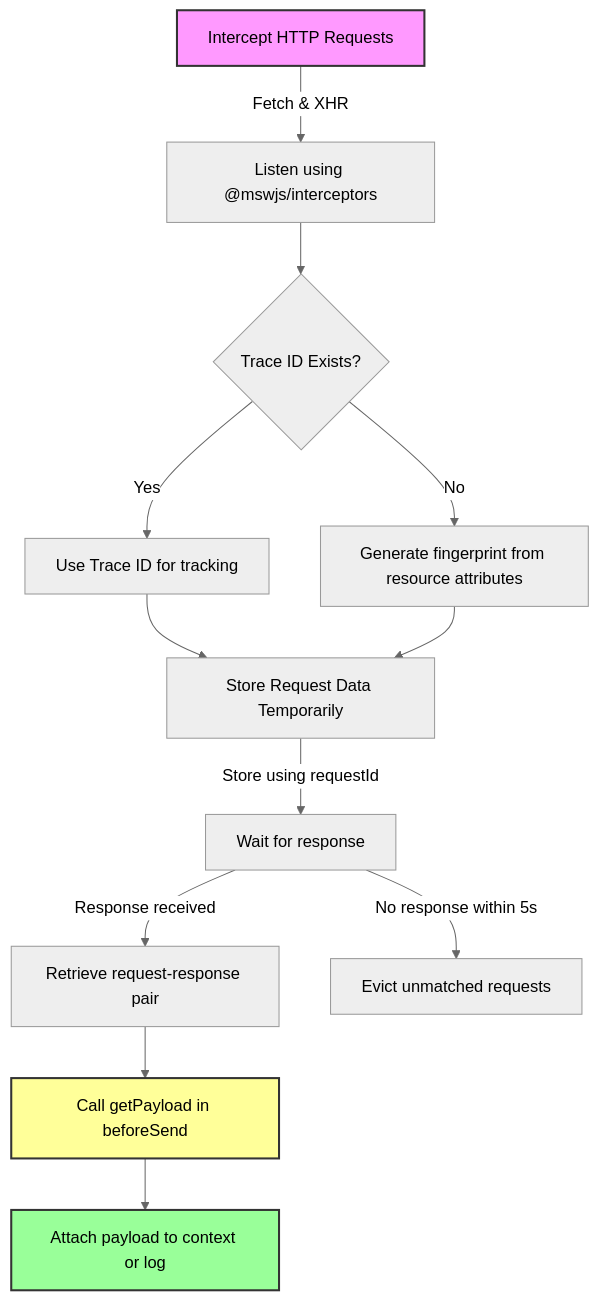
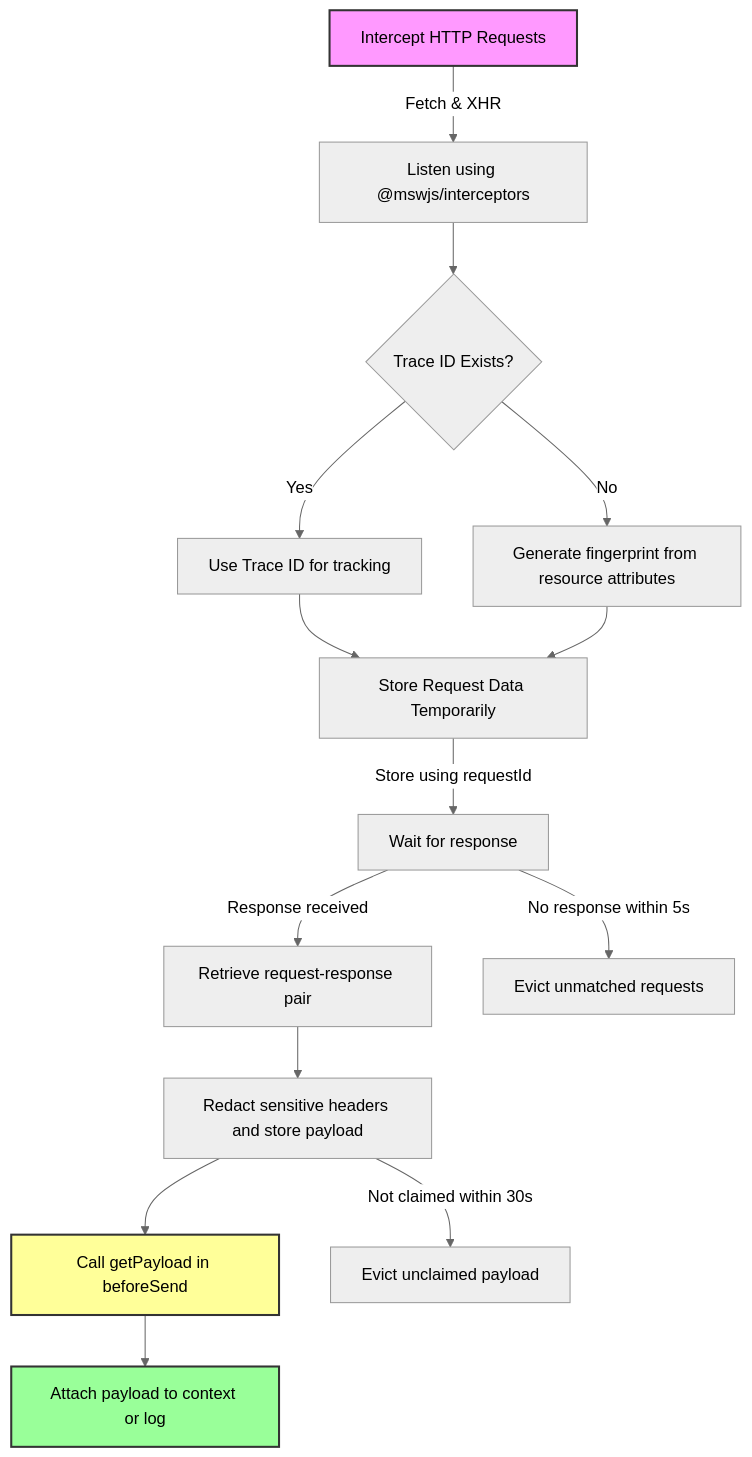
One commit to kyletaylored/datadog-rum-interceptor changed the diagram in README.md. Above: the diagram before and after it, drawn with Mermaid (neutral theme). The commit also changed other lines of this file and 24 other files, not shown here.

````diff
--- a/README.md
+++ b/README.md
@@ -91,22 +93,24 @@
 ```mermaid
 graph TD;
   A[Intercept HTTP Requests] -->|Fetch & XHR| B[Listen using @mswjs/interceptors];
   B --> C{Trace ID Exists?};
   C -->|Yes| D[Use Trace ID for tracking];
   C -->|No| E[Generate fingerprint from resource attributes];
 
   D --> F[Store Request Data Temporarily];
   E --> F;
 
   F -->|Store using requestId| G[Wait for response];
   G -->|Response received| H[Retrieve request-response pair];
   G -->|No response within 5s| I[Evict unmatched requests];
 
-  H --> J[Call getPayload in beforeSend];
+  H --> R[Redact sensitive headers and store payload];
+  R --> J[Call getPayload in beforeSend];
+  R -->|Not claimed within 30s| L[Evict unclaimed payload];
   J --> K[Attach payload to context or log];
 
   style A fill:#f9f,stroke:#333,stroke-width:2px,color:#000;
   style J fill:#ff9,stroke:#333,stroke-width:2px,color:#000;
   style K fill:#9f9,stroke:#333,stroke-width:2px,color:#000;
 
 ```
````
